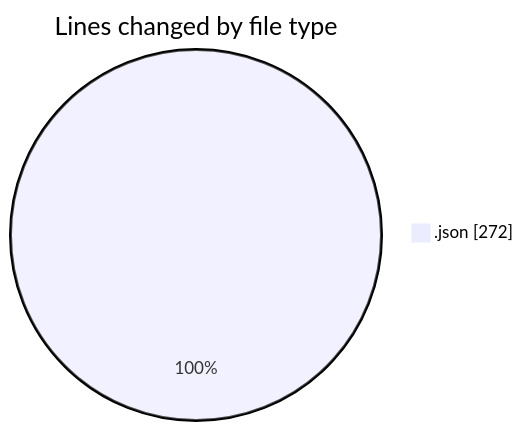
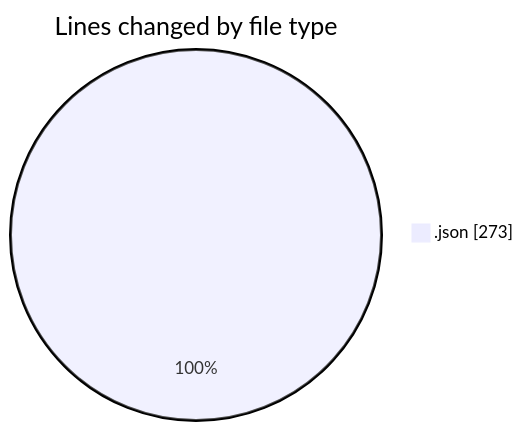
One commit to Netris89/code-tracking changed the first of 2 diagrams in 2025-04-19/parse/README.md. Above: the diagram before and after it, drawn with Mermaid. The commit also changed other lines of this file and 1 other file, not shown here.

````diff
--- a/2025-04-19/parse/README.md
+++ b/2025-04-19/parse/README.md
@@ -20,5 +20,5 @@
 ```mermaid
 pie showData
 title Lines changed by file type
-".json" : 272
+".json" : 273
 ```
````
